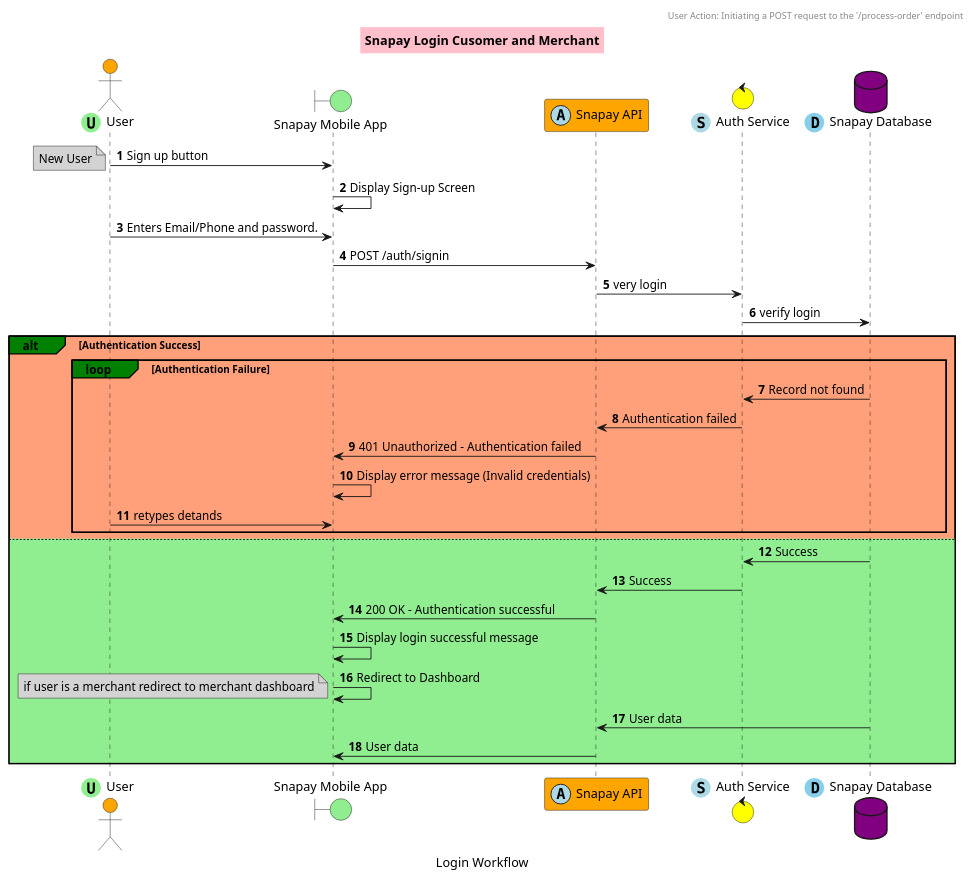
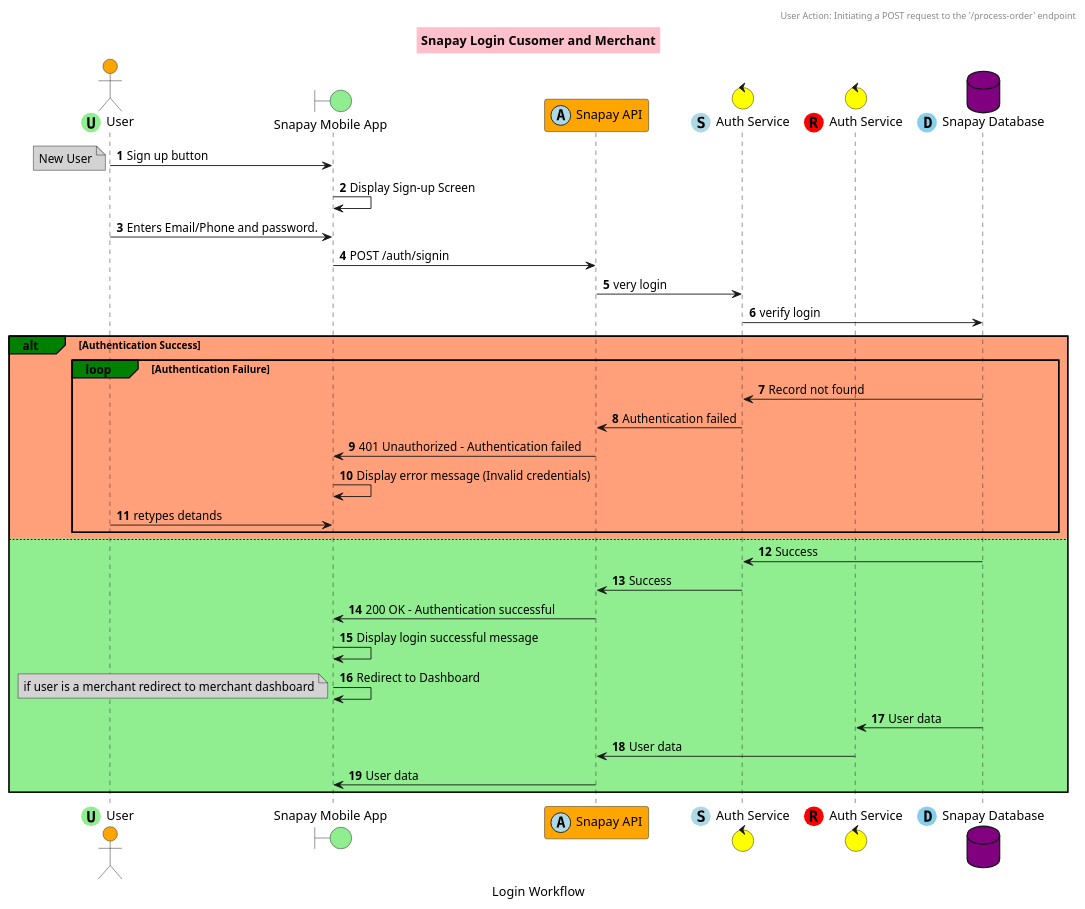
Before and after one commit to st-Michael/Brief-and-Architecture-for-QR-and-Merchant-Payment-integration---online-store: the diagram in snapay/login.puml, drawn with PlantUML.

Commit message:
snapay login modified login sequence with redis

```diff
--- a/snapay/login.puml
+++ b/snapay/login.puml
@@ -1,52 +1,54 @@
 @startuml login
 autonumber
 
 title Snapay Login Cusomer and Merchant
 
 header
     User Action: Initiating a POST request to the '/process-order' endpoint
 endheader
 
 caption Login Workflow
 
 
 skinparam NoteBackgroundColor #LightGrey
 skinparam TitleBackgroundColor #Pink
 skinparam ParticipantBackgroundColor #Orange
 skinparam ActorBackgroundColor #Orange
 skinparam DatabaseBackgroundColor #Purple
 skinparam BoundaryBackgroundColor #LightGreen
 skinparam ControlBackgroundColor #Yellow
 
 actor User <<(U, LightGreen)>>
 boundary "Snapay Mobile App" as UI
 participant "Snapay API" as API <<(A, LightBlue)>>
 control "Auth Service" as AuthService <<(S, LightBlue)>>
+control "Auth Service" as redis <<(R, Red)>>
 database "Snapay Database" as Database <<(D, SkyBlue)>>
 
 User -> UI : Sign up button
 note left : New User
 UI -> UI  : Display Sign-up Screen
 User -> UI : Enters Email/Phone and password.
 UI -> API : POST /auth/signin
         API -> AuthService : very login
         AuthService -> Database : verify login
     alt#green #LightSalmon Authentication Success
          loop#Green  Authentication Failure
             Database -> AuthService  : Record not found
             AuthService -> API : Authentication failed
             API -> UI : 401 Unauthorized - Authentication failed
             UI -> UI  : Display error message (Invalid credentials)
             User -> UI : retypes detands    
         end
     else #LightGreen
         Database -> AuthService : Success
         AuthService -> API: Success
         API -> UI : 200 OK - Authentication successful
         UI -> UI  : Display login successful message
         UI -> UI : Redirect to Dashboard
         note left : if user is a merchant redirect to merchant dashboard
-        Database -> API : User data
+        Database -> redis : User data
+        redis -> API : User data
         API -> UI  : User data
     end
 @enduml
```
